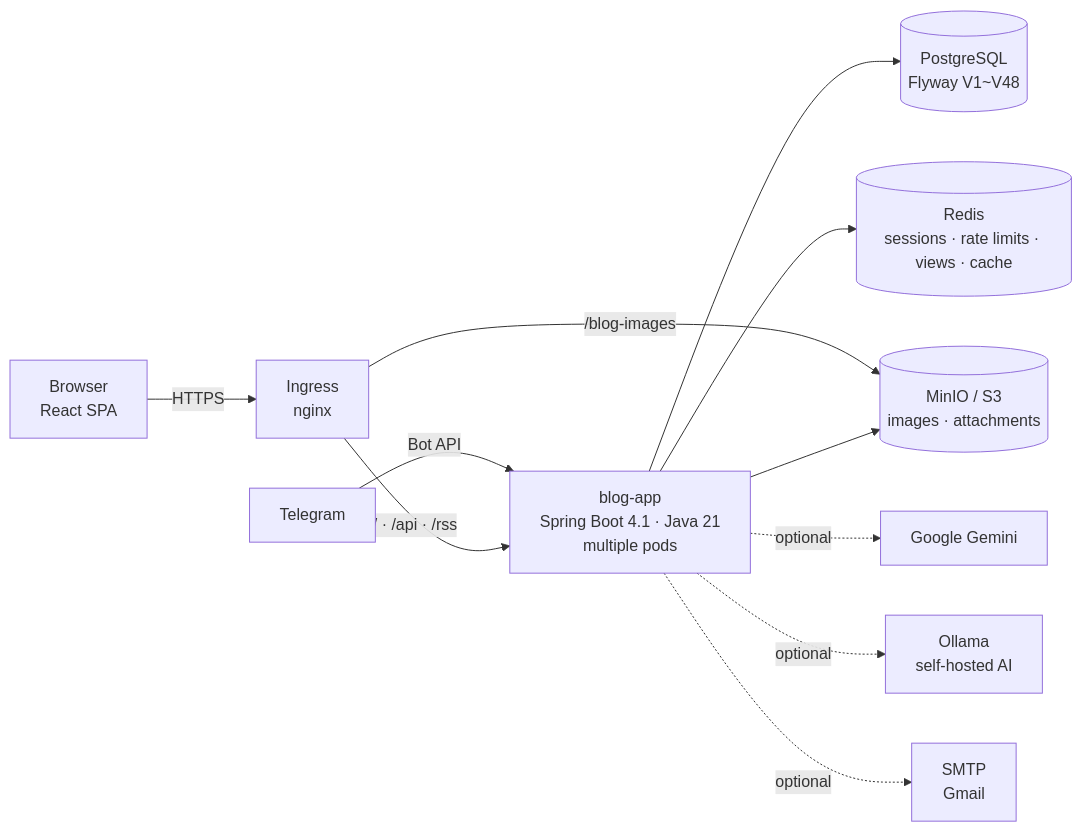
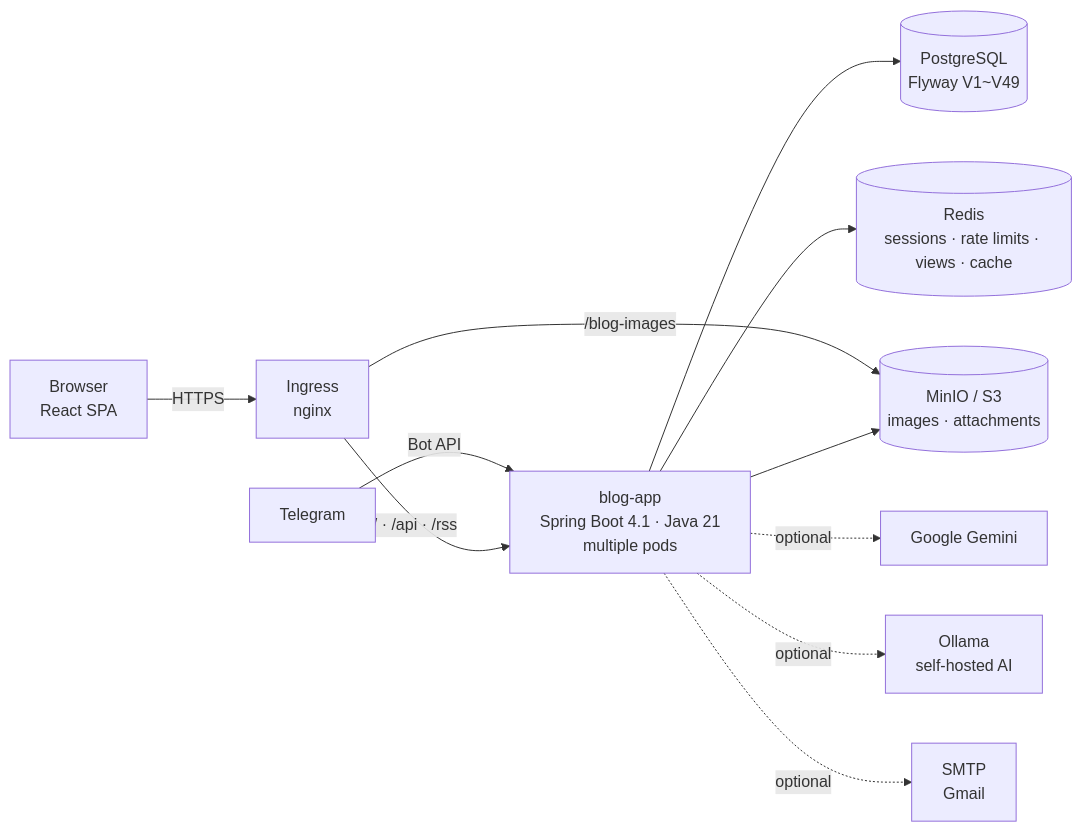
One commit to AIGJ-01-002-blog/devlog changed the first of 3 diagrams in README.en.md. Above: the diagram before and after it, drawn with Mermaid. The commit also changed other lines of this file and 3 other files, not shown here.

````diff
--- a/README.en.md
+++ b/README.en.md
@@ -160,13 +160,13 @@
 ```mermaid
 flowchart LR
     B[Browser<br/>React SPA] -->|HTTPS| I[Ingress<br/>nginx]
     T[Telegram] -->|Bot API| A
     I -->|/ · /api · /rss| A[blog-app<br/>Spring Boot 4.1 · Java 21<br/>multiple pods]
     I -->|/blog-images| M[(MinIO / S3<br/>images · attachments)]
-    A --> P[(PostgreSQL<br/>Flyway V1~V48)]
+    A --> P[(PostgreSQL<br/>Flyway V1~V49)]
     A --> R[(Redis<br/>sessions · rate limits · views · cache)]
     A --> M
     A -.optional.-> G[Google Gemini]
     A -.optional.-> O[Ollama<br/>self-hosted AI]
     A -.optional.-> S[SMTP<br/>Gmail]
 ```
````
